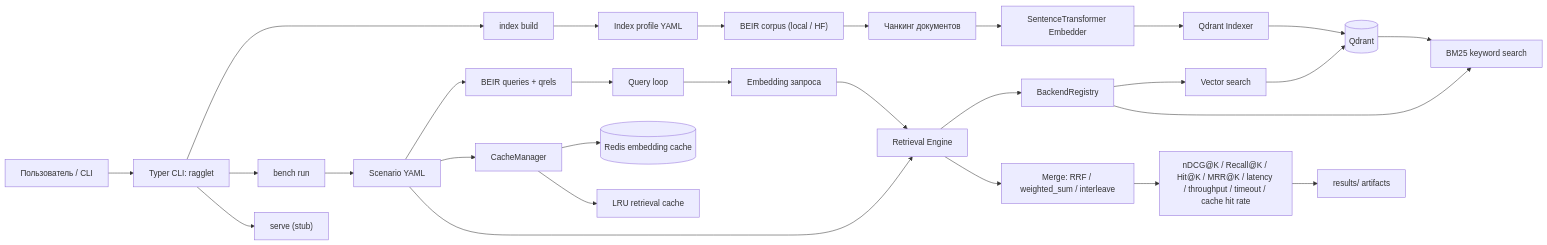
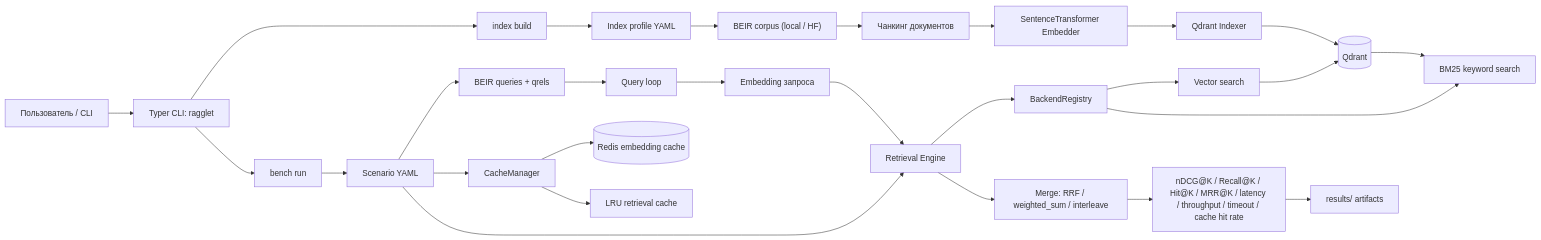
Before and after one commit to ksilisk/ragglet: the diagram in README.md, drawn with Mermaid.

Commit message:
ragglet-38: убрать заглушку serve со схемы в README

````diff
--- a/README.md
+++ b/README.md
@@ -259,38 +259,37 @@
 ```mermaid
 flowchart LR
     U["Пользователь / CLI"] --> CLI["Typer CLI: ragglet"]
     CLI --> IDX["index build"]
     CLI --> BENCH["bench run"]
-    CLI --> SERVE["serve (stub)"]
 
     IDX --> IPROF["Index profile YAML"]
     IPROF --> PARSE["BEIR corpus (local / HF)"]
     PARSE --> CHUNK["Чанкинг документов"]
     CHUNK --> EMB["SentenceTransformer Embedder"]
     EMB --> QI["Qdrant Indexer"]
     QI --> QDRANT[("Qdrant")]
 
     BENCH --> SCN["Scenario YAML"]
     SCN --> DATA["BEIR queries + qrels"]
     SCN --> CACHE["CacheManager"]
     SCN --> RET["Retrieval Engine"]
 
     CACHE --> REDIS[("Redis embedding cache")]
     CACHE --> LRU["LRU retrieval cache"]
 
     DATA --> LOOP["Query loop"]
     LOOP --> EMBQ["Embedding запроса"]
     EMBQ --> RET
 
     RET --> BACK["BackendRegistry"]
     BACK --> VEC["Vector search"]
     BACK --> KW["BM25 keyword search"]
 
     VEC --> QDRANT
     QDRANT --> KW
 
     RET --> MERGE["Merge: RRF / weighted_sum / interleave"]
     MERGE --> METRICS["nDCG@K / Recall@K / Hit@K / MRR@K / latency / throughput / timeout / cache hit rate"]
     METRICS --> RES["results/ artifacts"]
 
 ```
````
